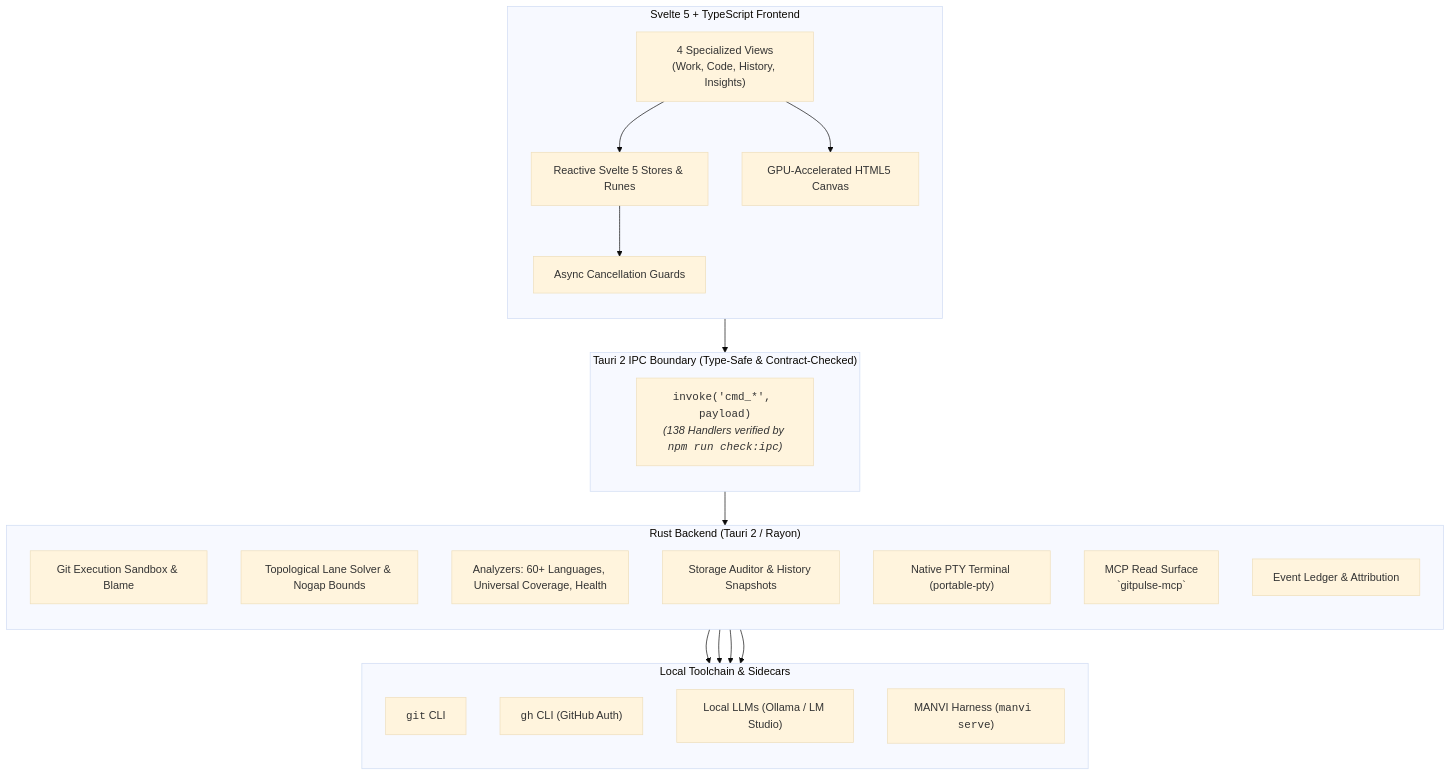
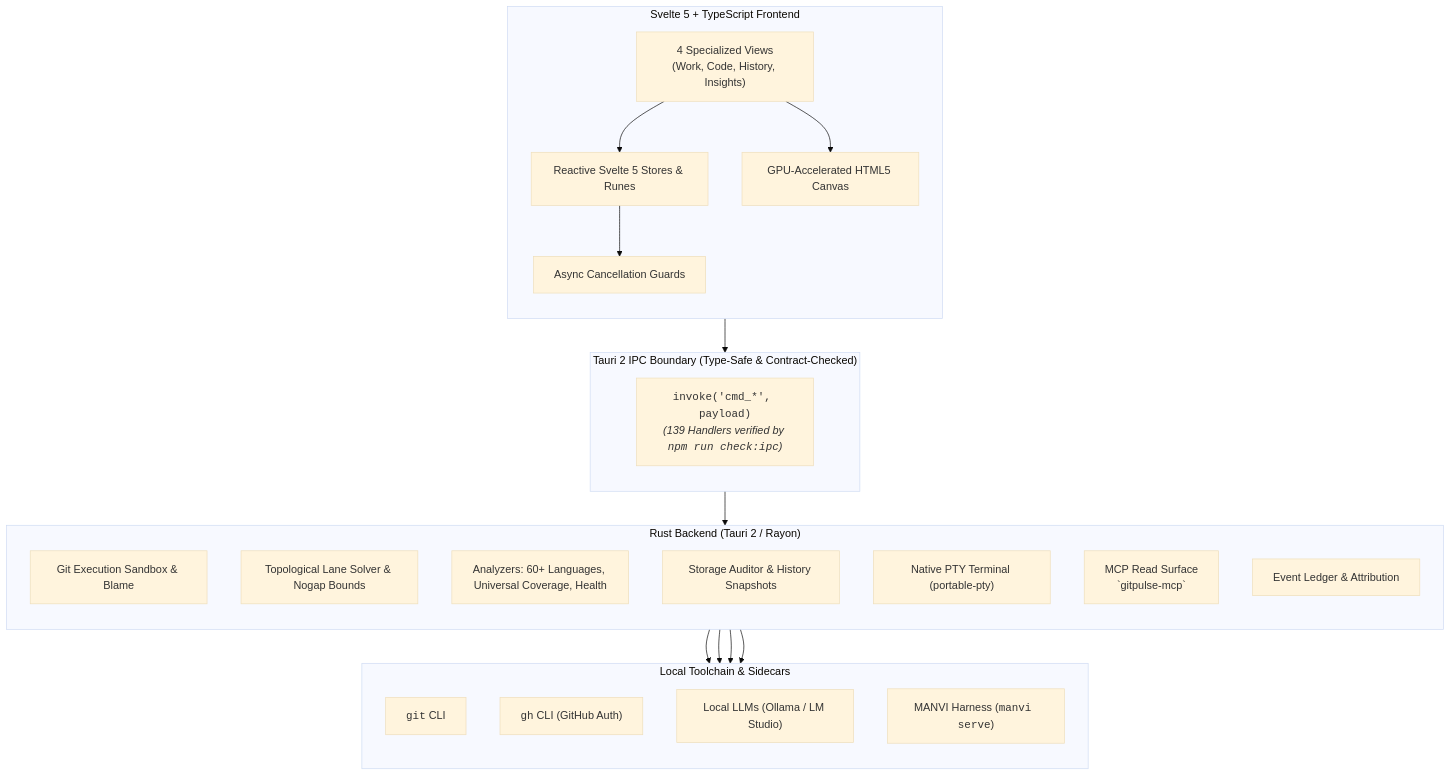
The first of 4 diagrams in README.md (bharathvbcr/GitPulse), drawn with Mermaid (base theme) before and after one commit. The commit also changed other lines of this file and 32 other files, not shown here.

````diff
--- a/README.md
+++ b/README.md
@@ -43,45 +43,45 @@
 ```mermaid
 flowchart TB
     subgraph Frontend["Svelte 5 + TypeScript Frontend"]
         direction TB
         Views["4 Specialized Views<br/>(Work, Code, History, Insights)"]
         Stores["Reactive Svelte 5 Stores & Runes"]
         CanvasEngine["GPU-Accelerated HTML5 Canvas"]
         AsyncGuards["Async Cancellation Guards"]
         
         Views --> Stores
         Views --> CanvasEngine
         Stores --> AsyncGuards
     end
 
     subgraph IPC["Tauri 2 IPC Boundary (Type-Safe & Contract-Checked)"]
         direction TB
-        IPCBridge["<code>invoke('cmd_*', payload)</code><br/><i>(138 Handlers verified by <code>npm run check:ipc</code>)</i>"]
+        IPCBridge["<code>invoke('cmd_*', payload)</code><br/><i>(139 Handlers verified by <code>npm run check:ipc</code>)</i>"]
     end
 
     subgraph Backend["Rust Backend (Tauri 2 / Rayon)"]
         direction TB
         GitSandbox["Git Execution Sandbox & Blame"]
         GraphSolver["Topological Lane Solver & Nogap Bounds"]
         Analyzers["Analyzers: 60+ Languages, Universal Coverage, Health"]
         StorageEngine["Storage Auditor & History Snapshots"]
         TerminalPTY["Native PTY Terminal (portable-pty)"]
         MCPServer["MCP Read Surface<br/>`gitpulse-mcp`"]
         Ledger["Event Ledger & Attribution"]
     end
 
     subgraph LocalTools["Local Toolchain & Sidecars"]
         direction TB
         GitCLI["<code>git</code> CLI"]
         GhCLI["<code>gh</code> CLI (GitHub Auth)"]
         LocalAI["Local LLMs (Ollama / LM Studio)"]
         ManviSidecar["MANVI Harness (<code>manvi serve</code>)"]
     end
 
     AsyncGuards --> IPCBridge
     IPCBridge --> Backend
     GitSandbox --> GitCLI
     Analyzers --> GhCLI
     Analyzers --> LocalAI
     Backend --> ManviSidecar
 ```
````
